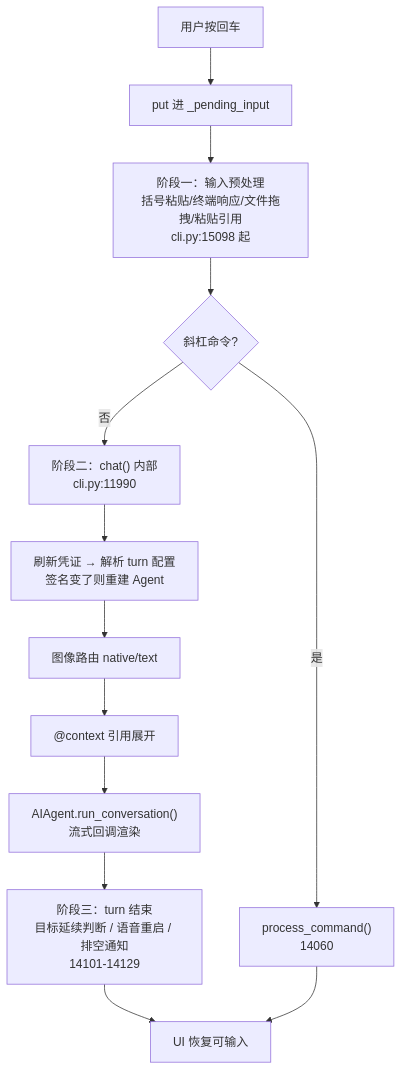
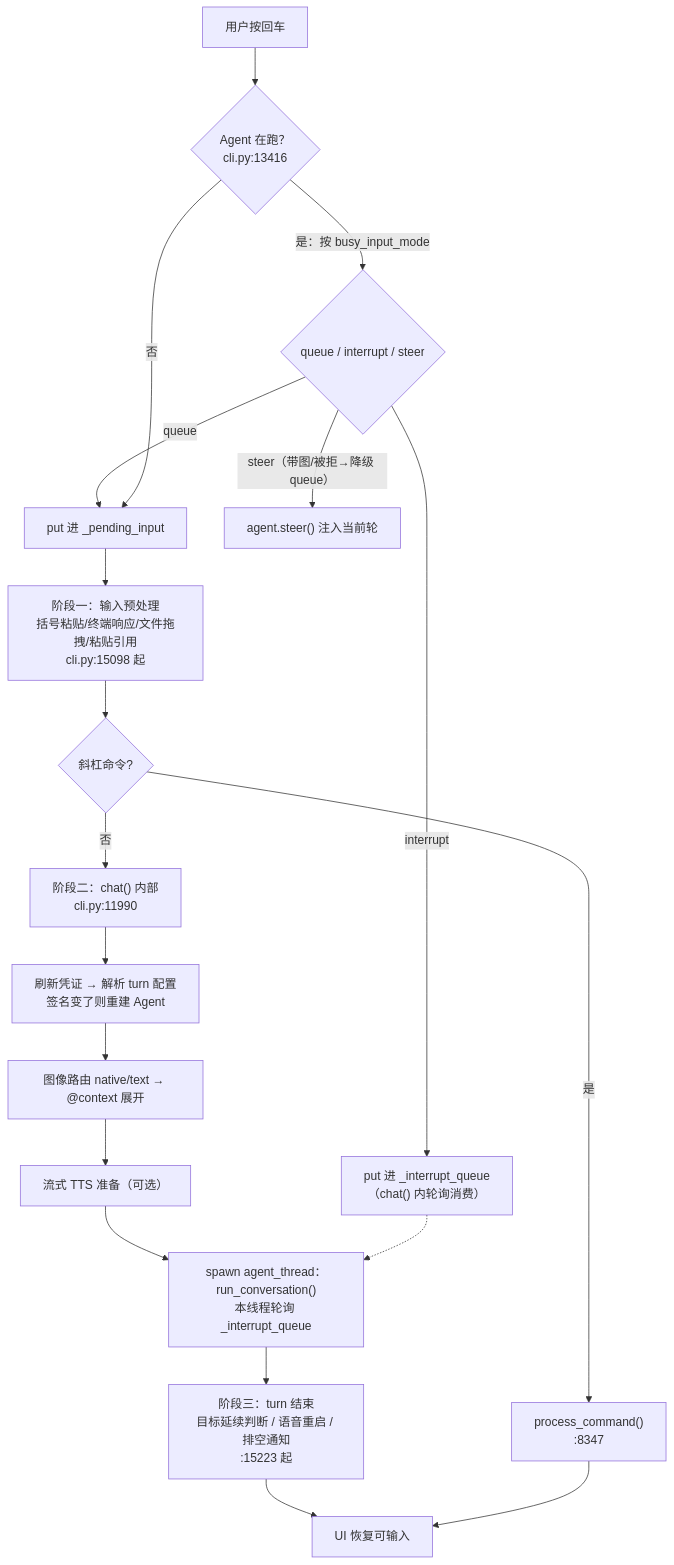
The third of 6 diagrams in docs/zh/10-交互界面与运行模式.md (fang-lin/hermes-agent-code-analysis), drawn with Mermaid before and after one commit. The commit also changed other lines of this file, not shown here.

Commit message:
10 章 depth 补充：三线程打断链路/goal 定义与打断交互/worktree 内部机制/PtyBridge 四层图/双鉴权/皮肤继承例外/语音 15s 边界 + 修一批过时行号

````diff
--- a/docs/zh/10-交互界面与运行模式.md
+++ b/docs/zh/10-交互界面与运行模式.md
@@ -271,15 +294,21 @@
 ```mermaid
 flowchart TD
-    K["用户按回车"] --> Q["put 进 _pending_input"]
+    K["用户按回车"] --> BUSY{"Agent 在跑？<br/>cli.py:13416"}
+    BUSY -->|"是：按 busy_input_mode"| MODE{"queue / interrupt / steer"}
+    MODE -->|queue| Q
+    MODE -->|interrupt| IQ["put 进 _interrupt_queue<br/>（chat() 内轮询消费）"]
+    MODE -->|"steer（带图/被拒→降级 queue）"| ST["agent.steer() 注入当前轮"]
+    BUSY -->|否| Q["put 进 _pending_input"]
     Q --> P1["阶段一：输入预处理<br/>括号粘贴/终端响应/文件拖拽/粘贴引用<br/>cli.py:15098 起"]
     P1 --> SL{"斜杠命令?"}
-    SL -->|是| CMD["process_command()<br/>14060"]
+    SL -->|是| CMD["process_command()<br/>:8347"]
     SL -->|否| C1["阶段二：chat() 内部<br/>cli.py:11990"]
     C1 --> C2["刷新凭证 → 解析 turn 配置<br/>签名变了则重建 Agent"]
-    C2 --> C3["图像路由 native/text"]
-    C3 --> C4["@context 引用展开"]
-    C4 --> RUN["AIAgent.run_conversation()<br/>流式回调渲染"]
-    RUN --> F1["阶段三：turn 结束<br/>目标延续判断 / 语音重启 / 排空通知<br/>14101-14129"]
+    C2 --> C3["图像路由 native/text → @context 展开"]
+    C3 --> C4["流式 TTS 准备（可选）"]
+    C4 --> RUN["spawn agent_thread：run_conversation()<br/>本线程轮询 _interrupt_queue"]
+    IQ -.-> RUN
+    RUN --> F1["阶段三：turn 结束<br/>目标延续判断 / 语音重启 / 排空通知<br/>:15223 起"]
     F1 --> UI["UI 恢复可输入"]
     CMD --> UI
 ```
````
